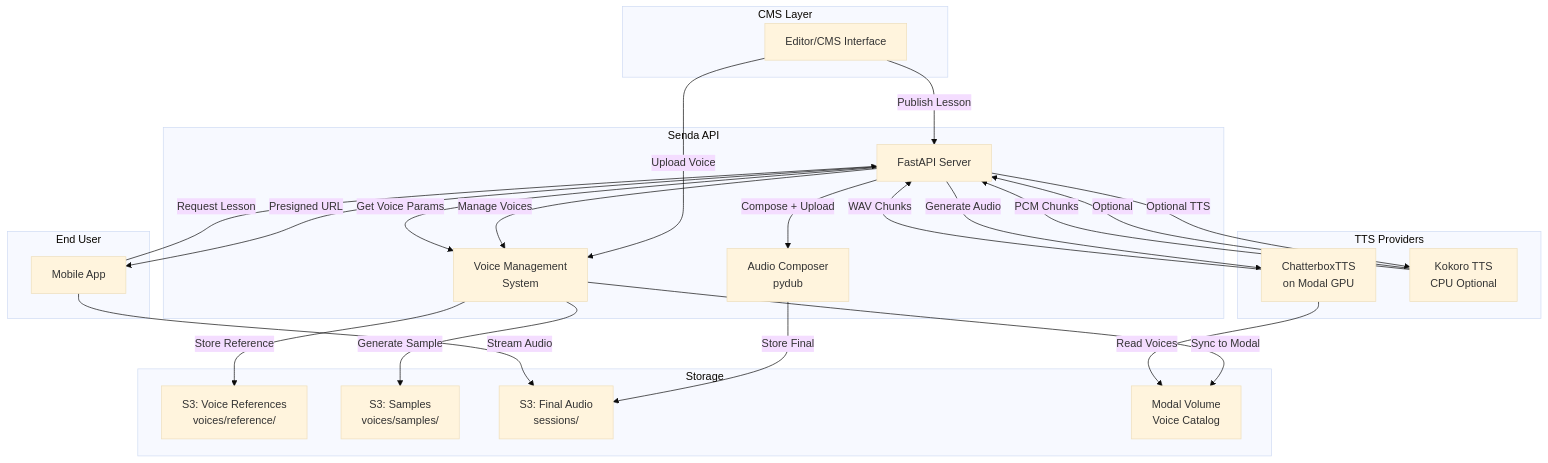
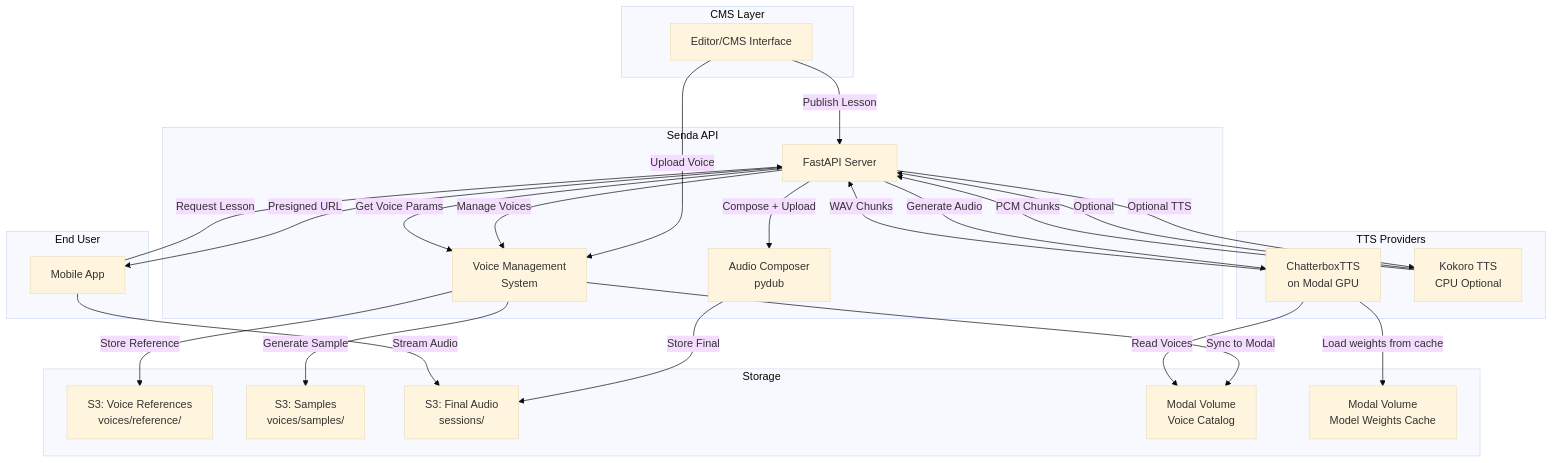
Before and after one commit to fariassdev/senda-api: the first of 3 diagrams in docs/chatterbox-tts-architecture.md, drawn with Mermaid (base theme). The commit also changed other lines of this file and 5 other files, not shown here.

First line of the commit message:
feat(chatterbox): cache Chatterbox Turbo model weights in Modal Volume

````diff
--- a/docs/chatterbox-tts-architecture.md
+++ b/docs/chatterbox-tts-architecture.md
@@ -28,53 +28,55 @@
 ```mermaid
 flowchart TD
     subgraph cms["CMS Layer"]
         editor["Editor/CMS Interface"]
     end
 
     subgraph api["Senda API"]
         api_server["FastAPI Server"]
         audio_composer["Audio Composer<br/>pydub"]
         voice_mgmt["Voice Management<br/>System"]
     end
 
     subgraph tts["TTS Providers"]
         chatterbox["ChatterboxTTS<br/>on Modal GPU"]
         kokoro["Kokoro TTS<br/>CPU Optional"]
     end
 
     subgraph storage["Storage"]
         s3_ref["S3: Voice References<br/>voices/reference/"]
         s3_samples["S3: Samples<br/>voices/samples/"]
         s3_audio["S3: Final Audio<br/>sessions/"]
         modal_vol["Modal Volume<br/>Voice Catalog"]
+        modal_weights["Modal Volume<br/>Model Weights Cache"]
     end
 
     subgraph app["End User"]
         user["Mobile App"]
     end
 
     editor -->|Upload Voice| voice_mgmt
     editor -->|Publish Lesson| api_server
 
     api_server -->|Generate Audio| chatterbox
     api_server -->|Optional TTS| kokoro
     api_server -->|Manage Voices| voice_mgmt
 
     voice_mgmt -->|Store Reference| s3_ref
     voice_mgmt -->|Sync to Modal| modal_vol
     voice_mgmt -->|Generate Sample| s3_samples
 
     chatterbox -->|Read Voices| modal_vol
+    chatterbox -->|Load weights from cache| modal_weights
     kokoro -->|Optional| api_server
 
     api_server -->|Get Voice Params| voice_mgmt
     chatterbox -->|WAV Chunks| api_server
     kokoro -->|PCM Chunks| api_server
 
     api_server -->|Compose + Upload| audio_composer
     audio_composer -->|Store Final| s3_audio
 
     user -->|Request Lesson| api_server
     api_server -->|Presigned URL| user
     user -->|Stream Audio| s3_audio
 ```
````
